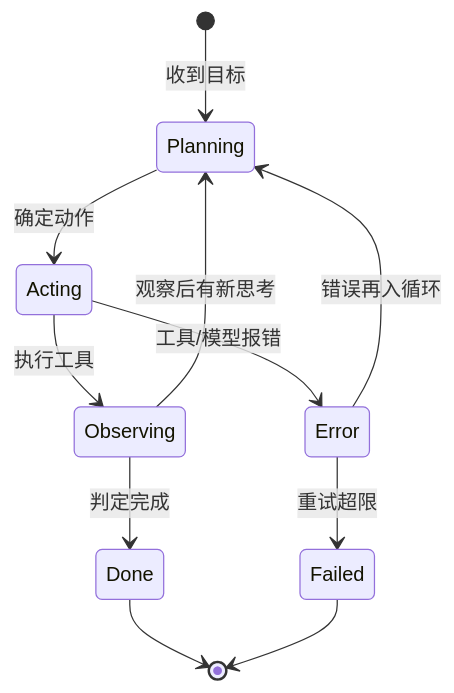
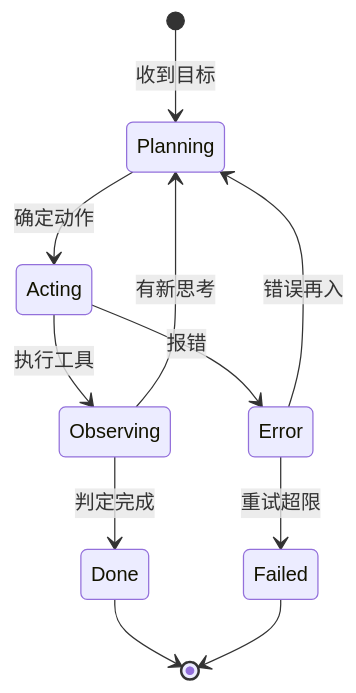
One commit to inspire-man/frontend-knowledge-base changed the second of 2 diagrams in frontend-knowledge-base/卷十一-AIAgentHarness与提示词工程/11.3-Harness工程.md. Above: the diagram before and after it, drawn with Mermaid. The commit also changed other lines of this file and 7 other files, not shown here.

````diff
--- a/frontend-knowledge-base/卷十一-AIAgentHarness与提示词工程/11.3-Harness工程.md
+++ b/frontend-knowledge-base/卷十一-AIAgentHarness与提示词工程/11.3-Harness工程.md
@@ -45,13 +41,13 @@
 ```mermaid
 stateDiagram-v2
     [*] --> Planning: 收到目标
     Planning --> Acting: 确定动作
     Acting --> Observing: 执行工具
-    Observing --> Planning: 观察后有新思考
+    Observing --> Planning: 有新思考
     Observing --> Done: 判定完成
-    Acting --> Error: 工具/模型报错
-    Error --> Planning: 错误再入循环
+    Acting --> Error: 报错
+    Error --> Planning: 错误再入
     Error --> Failed: 重试超限
     Done --> [*]
     Failed --> [*]
 ```
````
